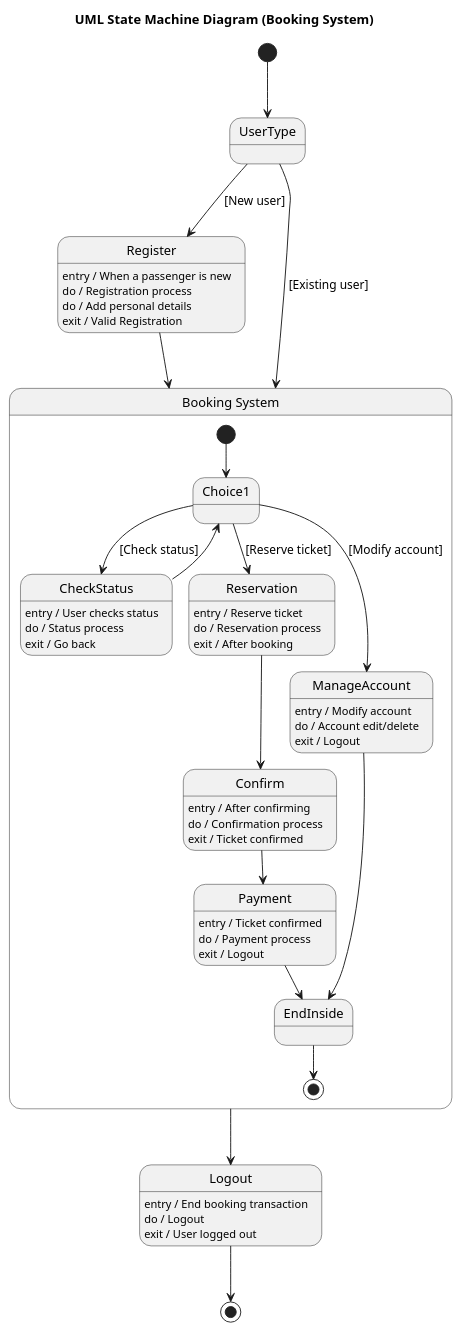
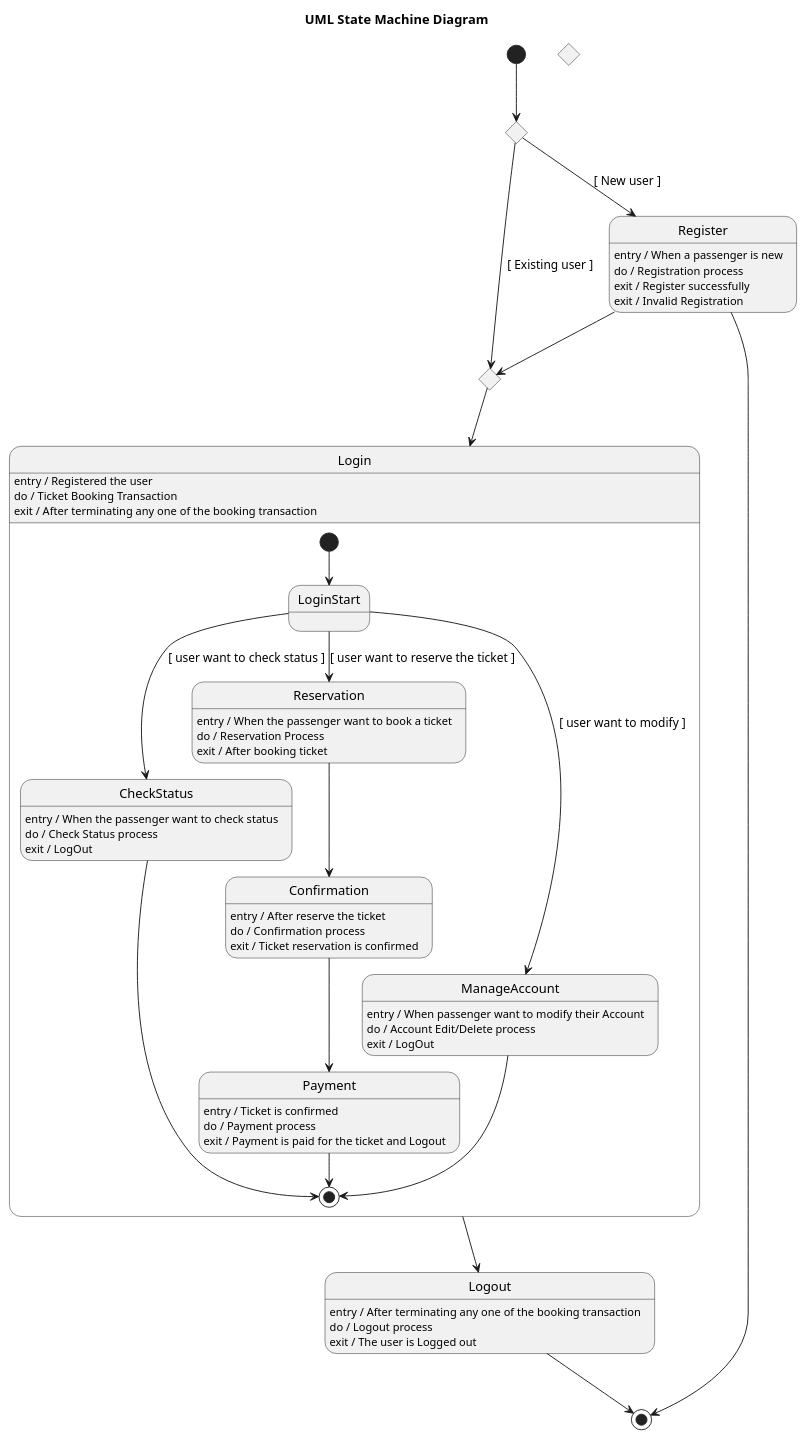
The diagram in dataset/case_12_e_ticketing_for_bus/diagram.puml (maimunafaria/State_transition_Diagram_generated_by_LLM), drawn with PlantUML before and after one commit. The commit also changed 15 other files, not shown here.

```diff
--- a/dataset/case_12_e_ticketing_for_bus/diagram.puml
+++ b/dataset/case_12_e_ticketing_for_bus/diagram.puml
@@ -1,97 +1,77 @@
 @startuml
-title UML State Machine Diagram (Booking System)
+title UML State Machine Diagram
 
-'-----------------------
-' Initial branching
-'-----------------------
-[*] --> UserType
+state StartChoice <<choice>>
+state EntryJoin <<choice>>
+state UserActionChoice <<choice>>
 
-state UserType <<choice>>
-UserType --> Register : [New user]
-UserType --> System : [Existing user]
+[*] --> StartChoice
 
-'-----------------------
-' Registration
-'-----------------------
 state Register
 Register : entry / When a passenger is new
 Register : do / Registration process
-Register : do / Add personal details
-Register : exit / Valid Registration
+Register : exit / Register successfully
+Register : exit / Invalid Registration
 
-Register --> System
+state "Login" as Login {
+  Login : entry / Registered the user
+  Login : do / Ticket Booking Transaction
+  Login : exit / After terminating any one of the booking transaction
 
-'-----------------------
-' MAIN SYSTEM (Composite State)
-'-----------------------
-state "Booking System" as System {
+  state "CheckStatus" as CheckStatus
+  CheckStatus : entry / When the passenger want to check status
+  CheckStatus : do / Check Status process
+  CheckStatus : exit / LogOut
 
-    [*] --> Choice1
+  state "Reservation" as Reservation
+  Reservation : entry / When the passenger want to book a ticket
+  Reservation : do / Reservation Process
+  Reservation : exit / After booking ticket
 
-    state Choice1 <<choice>>
+  state "Confirmation" as Confirmation
+  Confirmation : entry / After reserve the ticket
+  Confirmation : do / Confirmation process
+  Confirmation : exit / Ticket reservation is confirmed
 
-    Choice1 --> CheckStatus : [Check status]
-    Choice1 --> Reservation : [Reserve ticket]
-    Choice1 --> ManageAccount : [Modify account]
+  state "Payment" as Payment
+  Payment : entry / Ticket is confirmed
+  Payment : do / Payment process
+  Payment : exit / Payment is paid for the ticket and Logout
 
-    '-------------------
-    ' Check Status
-    '-------------------
-    state CheckStatus
-    CheckStatus : entry / User checks status
-    CheckStatus : do / Status process
-    CheckStatus : exit / Go back
+  state "ManageAccount" as ManageAccount
+  ManageAccount : entry / When passenger want to modify their Account
+  ManageAccount : do / Account Edit/Delete process
+  ManageAccount : exit / LogOut
 
-    CheckStatus --> Choice1
+  [*] --> LoginStart
+  
 
-    '-------------------
-    ' Reservation
-    '-------------------
-    state Reservation
-    Reservation : entry / Reserve ticket
-    Reservation : do / Reservation process
-    Reservation : exit / After booking
+  LoginStart --> CheckStatus : [ user want to check status ]
+  LoginStart --> Reservation : [ user want to reserve the ticket ]
+  LoginStart --> ManageAccount : [ user want to modify ]
 
-    state Confirm
-    Confirm : entry / After confirming
-    Confirm : do / Confirmation process
-    Confirm : exit / Ticket confirmed
+  Reservation --> Confirmation
+  Confirmation --> Payment
 
-    state Payment
-    Payment : entry / Ticket confirmed
-    Payment : do / Payment process
-    Payment : exit / Logout
-
-    Reservation --> Confirm
-    Confirm --> Payment
-    Payment --> EndInside
-
-    '-------------------
-    ' Manage Account
-    '-------------------
-    state ManageAccount
-    ManageAccount : entry / Modify account
-    ManageAccount : do / Account edit/delete
-    ManageAccount : exit / Logout
-
-    ManageAccount --> EndInside
-
-    '-------------------
-    ' Internal End
-    '-------------------
-    state EndInside <<choice>>
-    EndInside --> [*]
+  CheckStatus --> [*]
+  Payment --> [*]
+  ManageAccount --> [*]
 }
 
-'-----------------------
-' Logout (outside system)
-'-----------------------
 state Logout
-Logout : entry / End booking transaction
-Logout : do / Logout
-Logout : exit / User logged out
+Logout : entry / After terminating any one of the booking transaction
+Logout : do / Logout process
+Logout : exit / The user is Logged out
 
-System --> Logout
+StartChoice --> Register : [ New user ]
+StartChoice --> EntryJoin : [ Existing user ]
+
+Register --> EntryJoin
+Register --> [*]
+
+EntryJoin --> Login
+Login --> Logout
 Logout --> [*]
 
+
 @enduml
```
